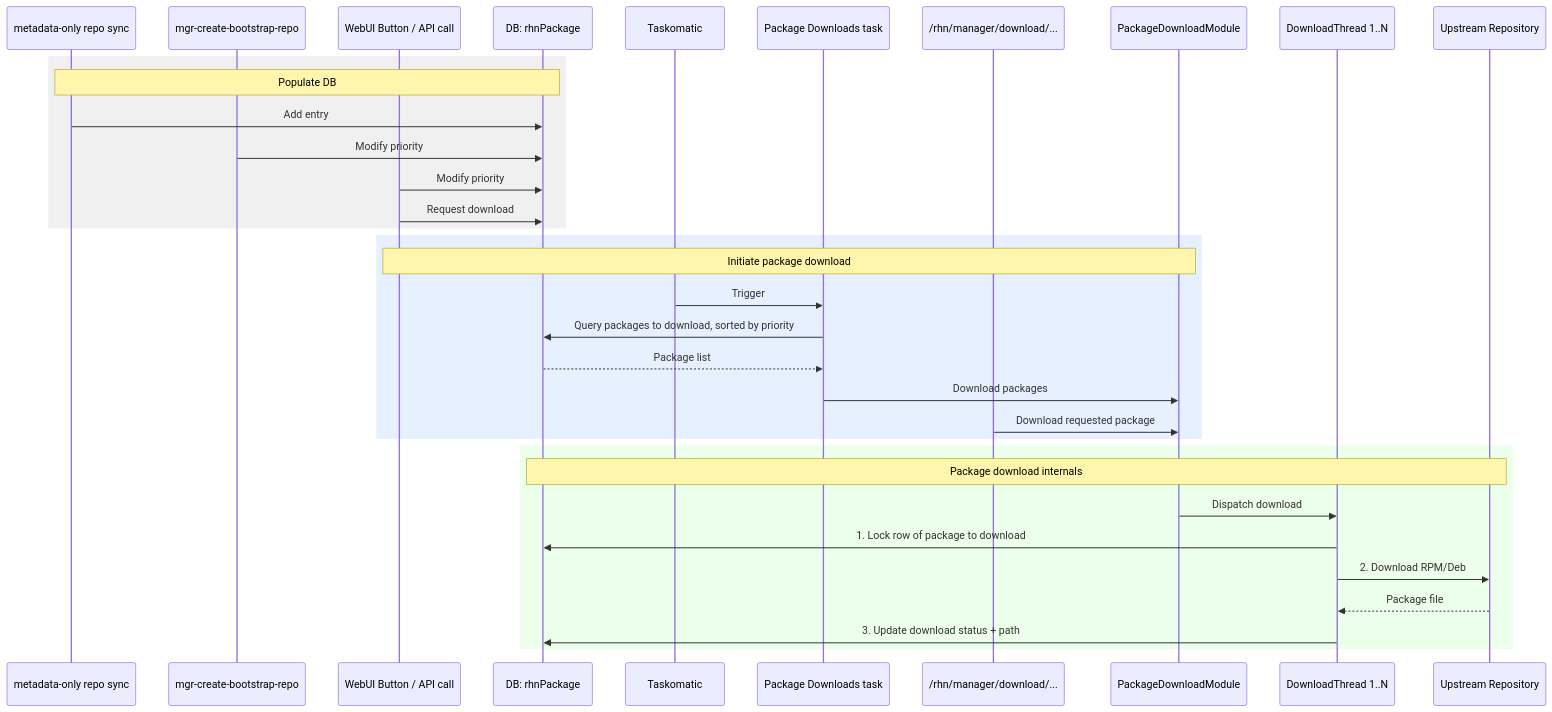
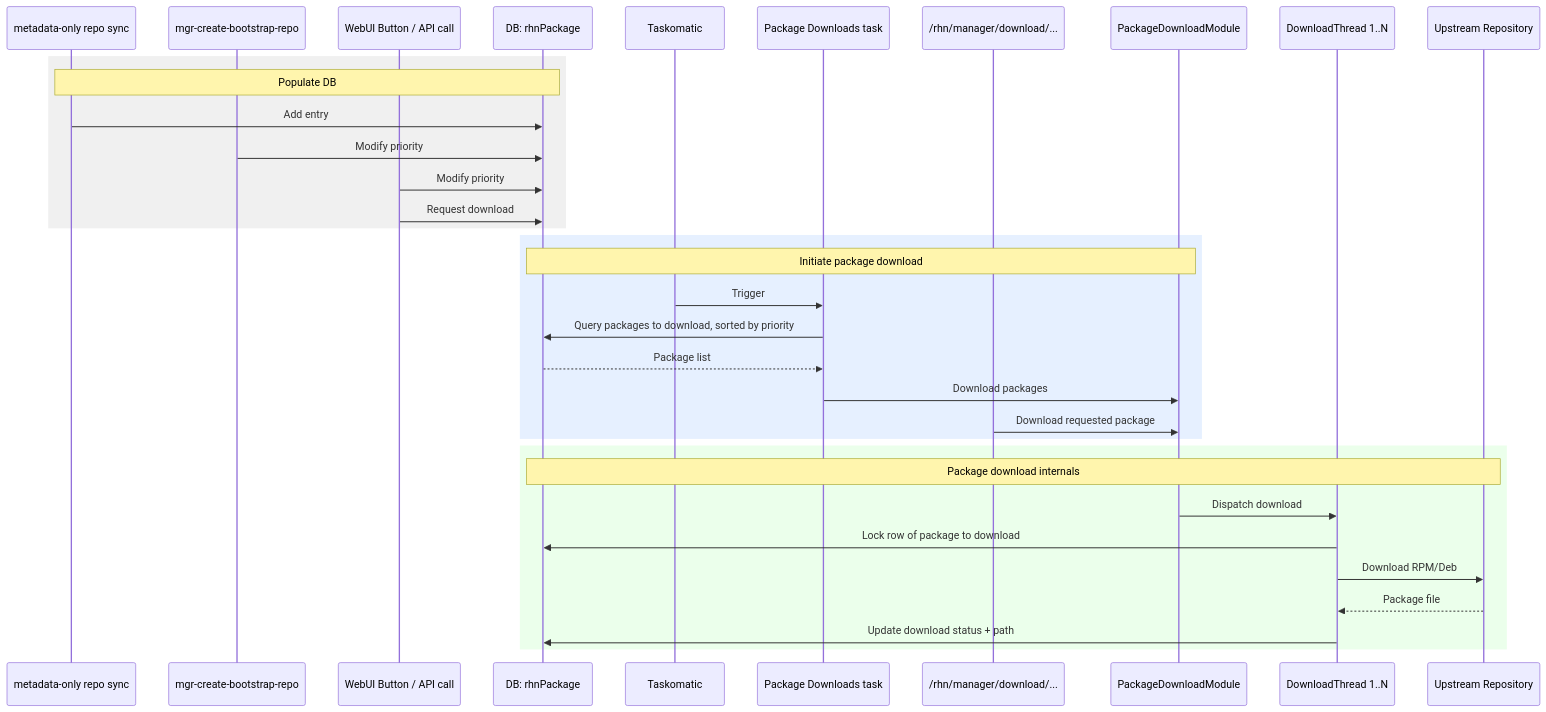
One commit to agraul/uyuni changed the first of 2 diagrams in diagrams2.md. Above: the diagram before and after it, drawn with Mermaid. The commit also changed other lines of this file, not shown here.

Commit message:
update diagrams

````diff
--- a/diagrams2.md
+++ b/diagrams2.md
@@ -5,39 +5,39 @@
 ```mermaid
 sequenceDiagram
     participant Reposync as metadata-only repo sync
     participant Bootstrap as mgr-create-bootstrap-repo
     participant WebUI as WebUI Button / API call
     participant DB as DB: rhnPackage
     participant Taskomatic
     participant Task as Package Downloads task
     participant Endpoint as /rhn/manager/download/...
     participant Module as PackageDownloadModule
     participant Thread as DownloadThread 1..N
     participant Upstream as Upstream Repository
 
     rect rgb(240, 240, 240)
     Note over Reposync,DB: Populate DB
     Reposync->>DB: Add entry
     Bootstrap->>DB: Modify priority
     WebUI->>DB: Modify priority
     WebUI->>DB: Request download
     end
 
     rect rgb(230, 240, 255)
-    Note over WebUI,Module: Initiate package download
+    Note over DB,Module: Initiate package download
     Taskomatic->>Task: Trigger
     Task->>DB: Query packages to download, sorted by priority
     DB-->>Task: Package list
     Task->>Module: Download packages
     Endpoint->>Module: Download requested package
     end
 
     rect rgb(235, 255, 235)
     Note over DB,Upstream: Package download internals
     Module->>Thread: Dispatch download
-    Thread->>DB: 1. Lock row of package to download
-    Thread->>Upstream: 2. Download RPM/Deb
+    Thread->>DB: Lock row of package to download
+    Thread->>Upstream: Download RPM/Deb
     Upstream-->>Thread: Package file
-    Thread->>DB: 3. Update download status + path
+    Thread->>DB: Update download status + path
     end
 ```
````
